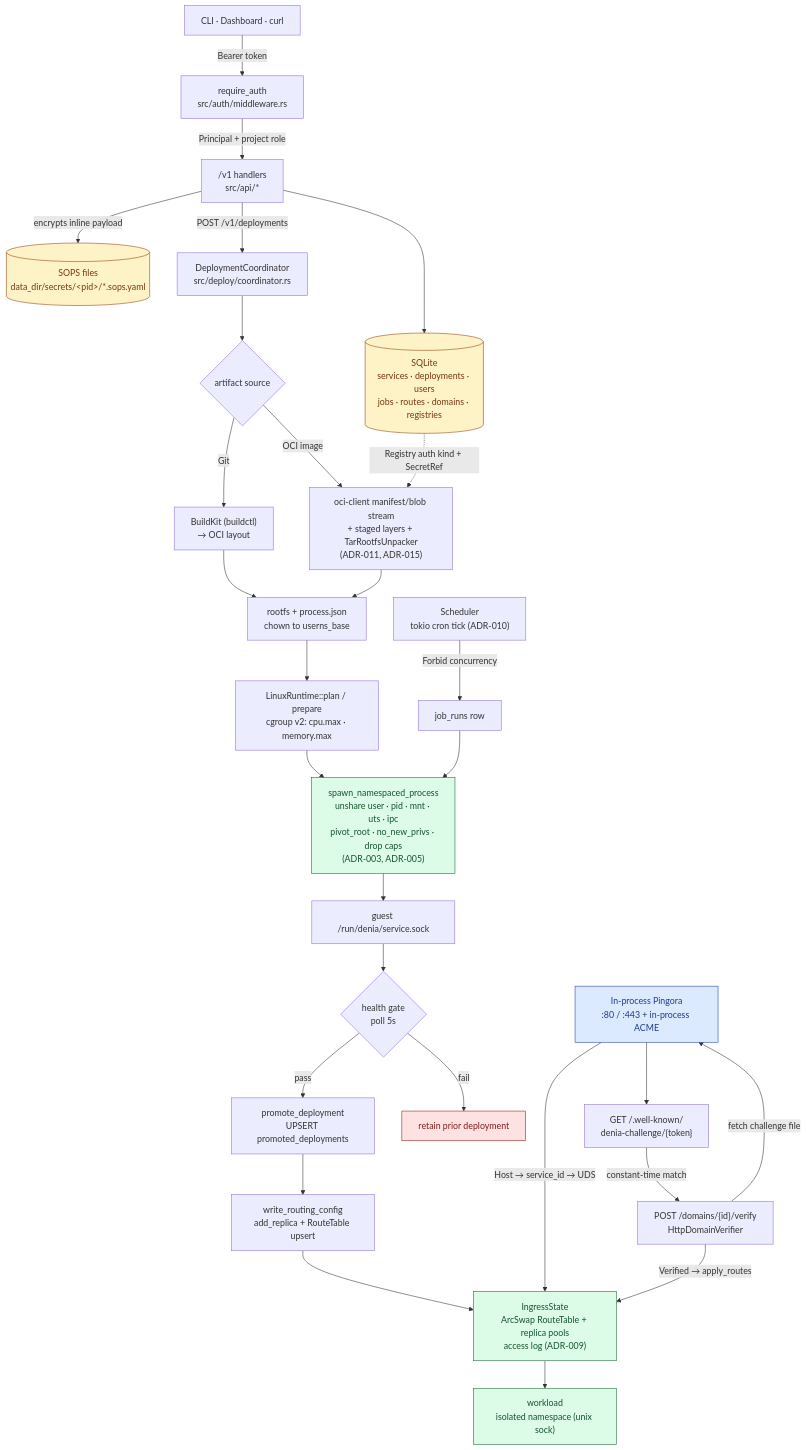
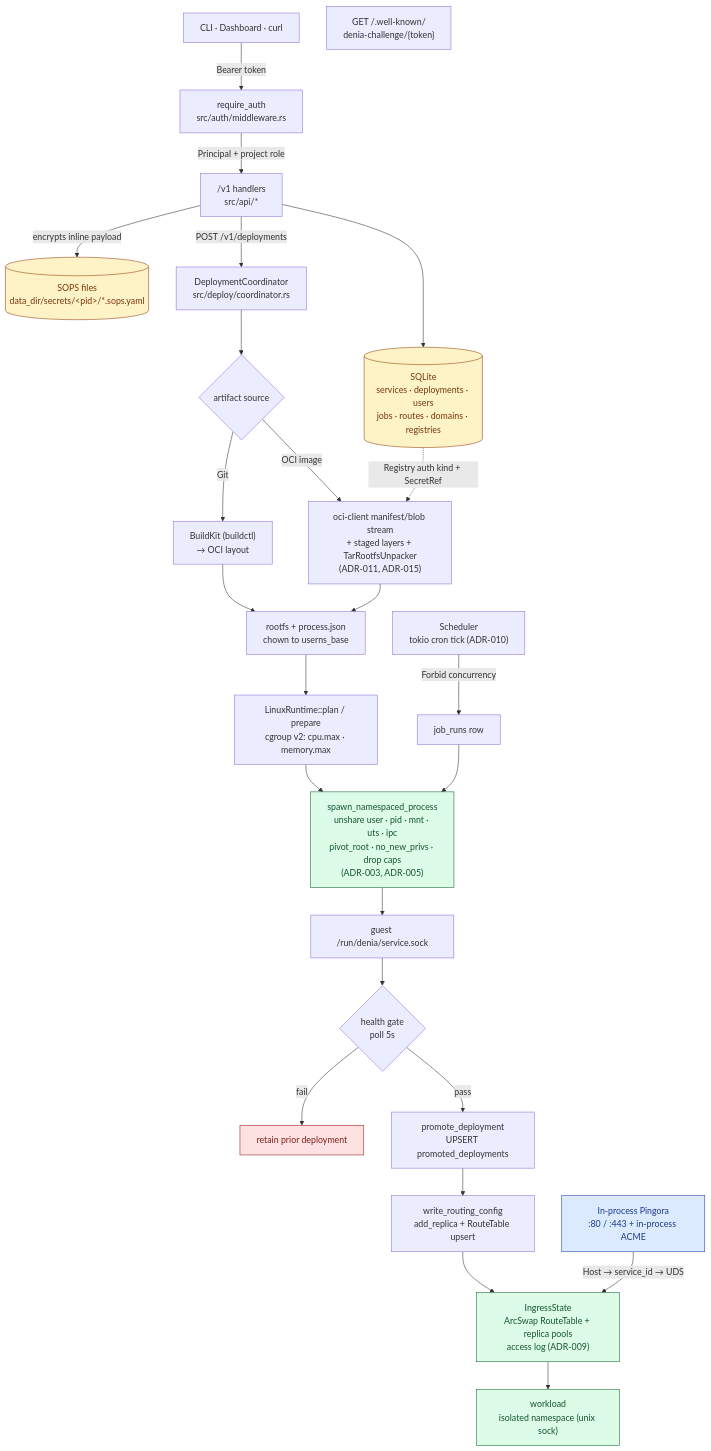
Before and after one commit to zainokta/denia: the diagram in README.md, drawn with Mermaid. The commit also changed other lines of this file and 2 other files, not shown here.

````diff
--- a/README.md
+++ b/README.md
@@ -97,48 +194,43 @@
 ```mermaid
 flowchart TB
   classDef store fill:#fef3c7,stroke:#92400e,color:#78350f
   classDef edge fill:#dbeafe,stroke:#1e40af,color:#1e3a8a
   classDef rt fill:#dcfce7,stroke:#166534,color:#14532d
   classDef warn fill:#fee2e2,stroke:#991b1b,color:#7f1d1d
 
   Client["CLI · Dashboard · curl"]
   Edge["In-process Pingora<br/>:80 / :443 + in-process ACME"]:::edge
   Challenge["GET /.well-known/<br/>denia-challenge/{token}"]
 
   Client -- "Bearer token" --> Auth["require_auth<br/>src/auth/middleware.rs"]
   Auth -- "Principal + project role" --> API["/v1 handlers<br/>src/api/*"]
 
   API --> Store[("SQLite<br/>services · deployments · users<br/>jobs · routes · domains · registries")]:::store
   API -- "encrypts inline payload" --> SOPS[("SOPS files<br/>data_dir/secrets/&lt;pid&gt;/*.sops.yaml")]:::store
 
   API -- "POST /v1/deployments" --> Coord["DeploymentCoordinator<br/>src/deploy/coordinator.rs"]
 
   Coord --> Acq{"artifact source"}
   Acq -- "Git" --> BK["BuildKit (buildctl)<br/>→ OCI layout"]
   Acq -- "OCI image" --> Pull["oci-client manifest/blob stream<br/>+ staged layers + TarRootfsUnpacker<br/>(ADR-011, ADR-015)"]
   Store -. "Registry auth kind + SecretRef" .-> Pull
   BK --> Bundle["rootfs + process.json<br/>chown to userns_base"]
   Pull --> Bundle
 
   Bundle --> Plan["LinuxRuntime::plan / prepare<br/>cgroup v2: cpu.max · memory.max"]
   Plan --> Spawn["spawn_namespaced_process<br/>unshare user · pid · mnt · uts · ipc<br/>pivot_root · no_new_privs · drop caps<br/>(ADR-003, ADR-005)"]:::rt
   Spawn --> Sock["guest /run/denia/service.sock"]
 
   Sock --> Health{"health gate<br/>poll 5s"}
   Health -- "fail" --> Rollback["retain prior deployment"]:::warn
   Health -- "pass" --> Promote["promote_deployment<br/>UPSERT promoted_deployments"]
 
   Promote --> Routing["write_routing_config<br/>add_replica + RouteTable upsert"]
   Routing --> IngressState["IngressState<br/>ArcSwap RouteTable + replica pools<br/>access log (ADR-009)"]:::rt
 
   Edge -- "Host → service_id → UDS" --> IngressState
   IngressState --> Workload["workload<br/>isolated namespace (unix sock)"]:::rt
 
-  Verify["POST /domains/{id}/verify<br/>HttpDomainVerifier"] -- "fetch challenge file" --> Edge
-  Edge --> Challenge
-  Challenge -- "constant-time match" --> Verify
-  Verify -- "Verified → apply_routes" --> IngressState
-
   Sched["Scheduler<br/>tokio cron tick (ADR-010)"] -- "Forbid concurrency" --> JobRun["job_runs row"]
   JobRun --> Spawn
 ```
````
